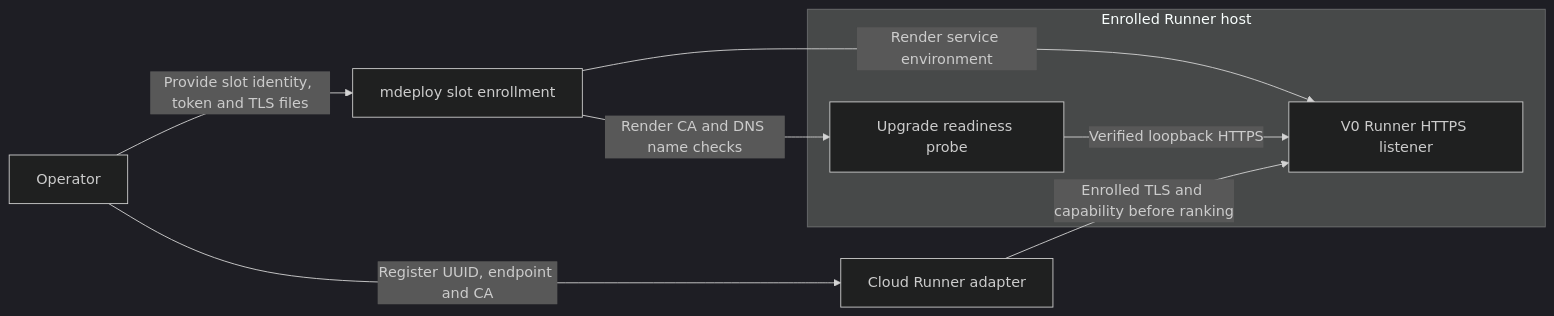
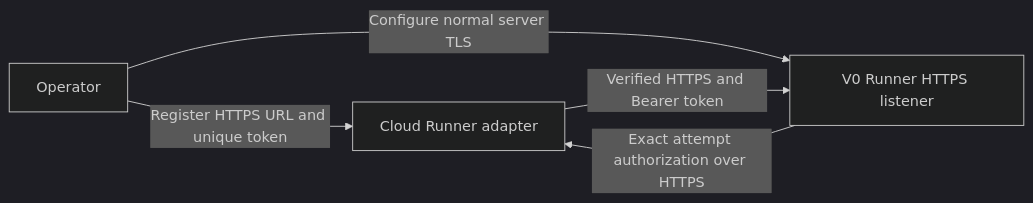
Before and after one commit to boxlite-ai/boxlite: the fourth of 5 diagrams in docs/contributing/architecture/outbound-proxy-contract.md, drawn with Mermaid (dark theme). The commit also changed other lines of this file and 62 other files, not shown here.

````diff
--- a/docs/contributing/architecture/outbound-proxy-contract.md
+++ b/docs/contributing/architecture/outbound-proxy-contract.md
@@ -259,16 +258,10 @@
 ```mermaid
 flowchart LR
     operator[Operator]
-    deployment[mdeploy slot enrollment]
     cloud[Cloud Runner adapter]
-    subgraph host[Enrolled Runner host]
-        readiness[Upgrade readiness probe]
-        runner[V0 Runner HTTPS listener]
-    end
-    operator -->|Register UUID, endpoint and CA| cloud
-    operator -->|Provide slot identity, token and TLS files| deployment
-    deployment -->|Render service environment| runner
-    deployment -->|Render CA and DNS name checks| readiness
-    readiness -->|Verified loopback HTTPS| runner
-    cloud -->|Enrolled TLS and capability before ranking| runner
+    runner[V0 Runner HTTPS listener]
+    operator -->|Register HTTPS URL and unique token| cloud
+    operator -->|Configure normal server TLS| runner
+    cloud -->|Verified HTTPS and Bearer token| runner
+    runner -->|Exact attempt authorization over HTTPS| cloud
 ```
````
